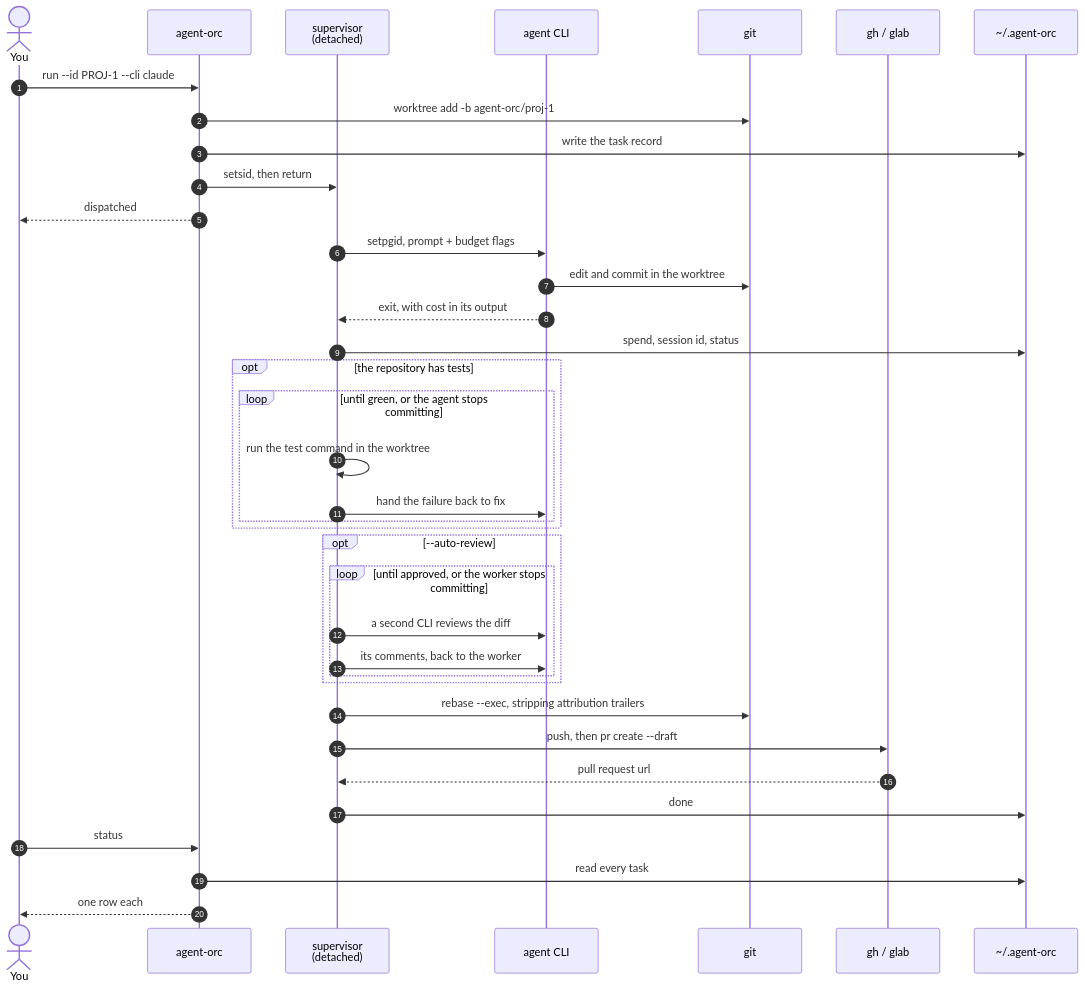
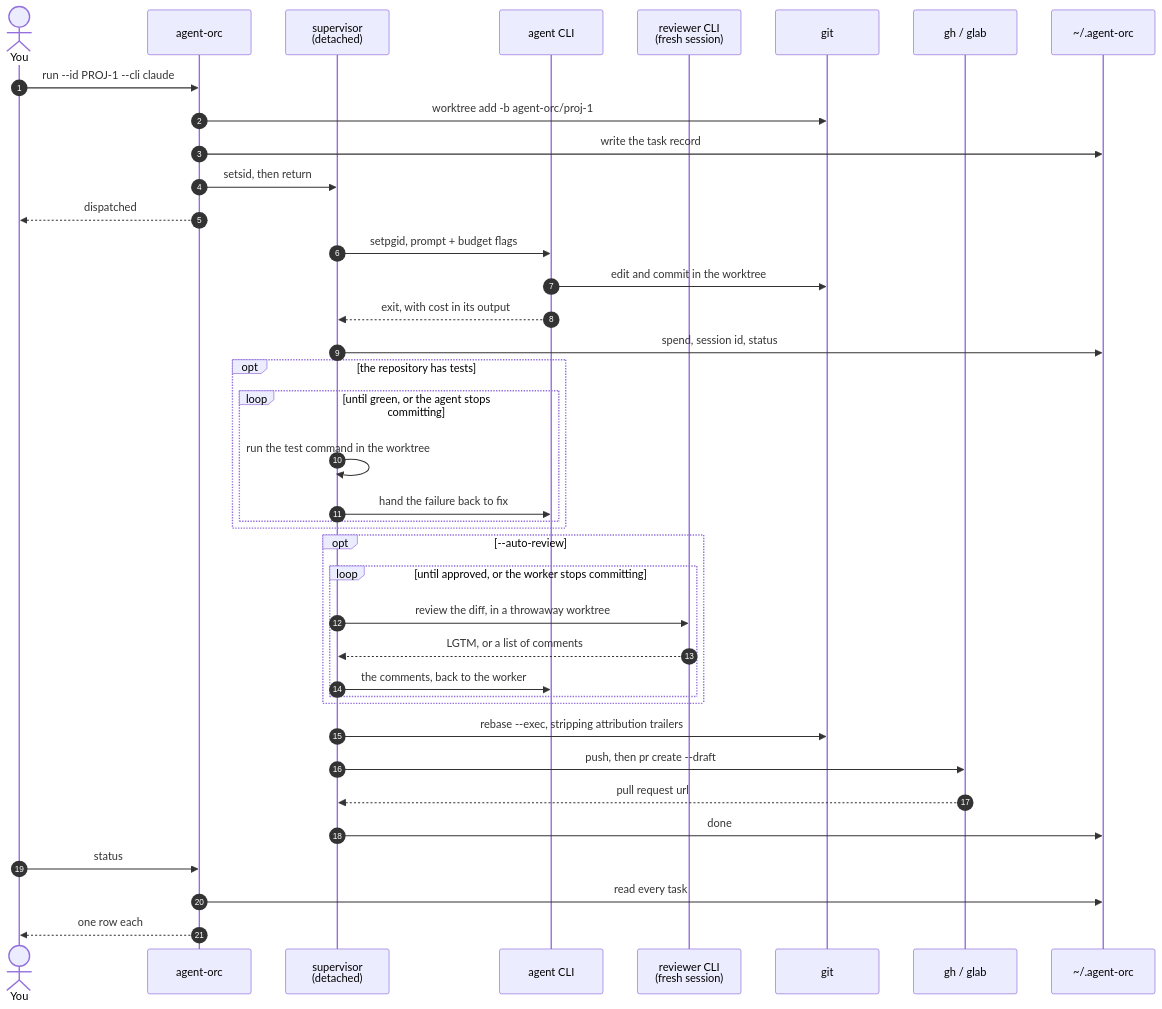
Before and after one commit to MaryannGitonga/agent-orc: the second of 2 diagrams in README.md, drawn with Mermaid.

Commit message:
docs: show the reviewer as its own session in the diagram

````diff
--- a/README.md
+++ b/README.md
@@ -50,43 +50,45 @@
 ```mermaid
 sequenceDiagram
     autonumber
     actor You
     participant CLI as agent-orc
     participant Sup as supervisor<br/>(detached)
     participant Agent as agent CLI
+    participant Rev as reviewer CLI<br/>(fresh session)
     participant Git as git
     participant Forge as gh / glab
     participant State as ~/.agent-orc
 
     You->>CLI: run --id PROJ-1 --cli claude
     CLI->>Git: worktree add -b agent-orc/proj-1
     CLI->>State: write the task record
     CLI->>Sup: setsid, then return
     CLI-->>You: dispatched
 
     Sup->>Agent: setpgid, prompt + budget flags
     Agent->>Git: edit and commit in the worktree
     Agent-->>Sup: exit, with cost in its output
     Sup->>State: spend, session id, status
 
     opt the repository has tests
         loop until green, or the agent stops committing
             Sup->>Sup: run the test command in the worktree
             Sup->>Agent: hand the failure back to fix
         end
     end
     opt --auto-review
         loop until approved, or the worker stops committing
-            Sup->>Agent: a second CLI reviews the diff
-            Sup->>Agent: its comments, back to the worker
+            Sup->>Rev: review the diff, in a throwaway worktree
+            Rev-->>Sup: LGTM, or a list of comments
+            Sup->>Agent: the comments, back to the worker
         end
     end
 
     Sup->>Git: rebase --exec, stripping attribution trailers
     Sup->>Forge: push, then pr create --draft
     Forge-->>Sup: pull request url
     Sup->>State: done
     You->>CLI: status
     CLI->>State: read every task
     CLI-->>You: one row each
 ```
````
